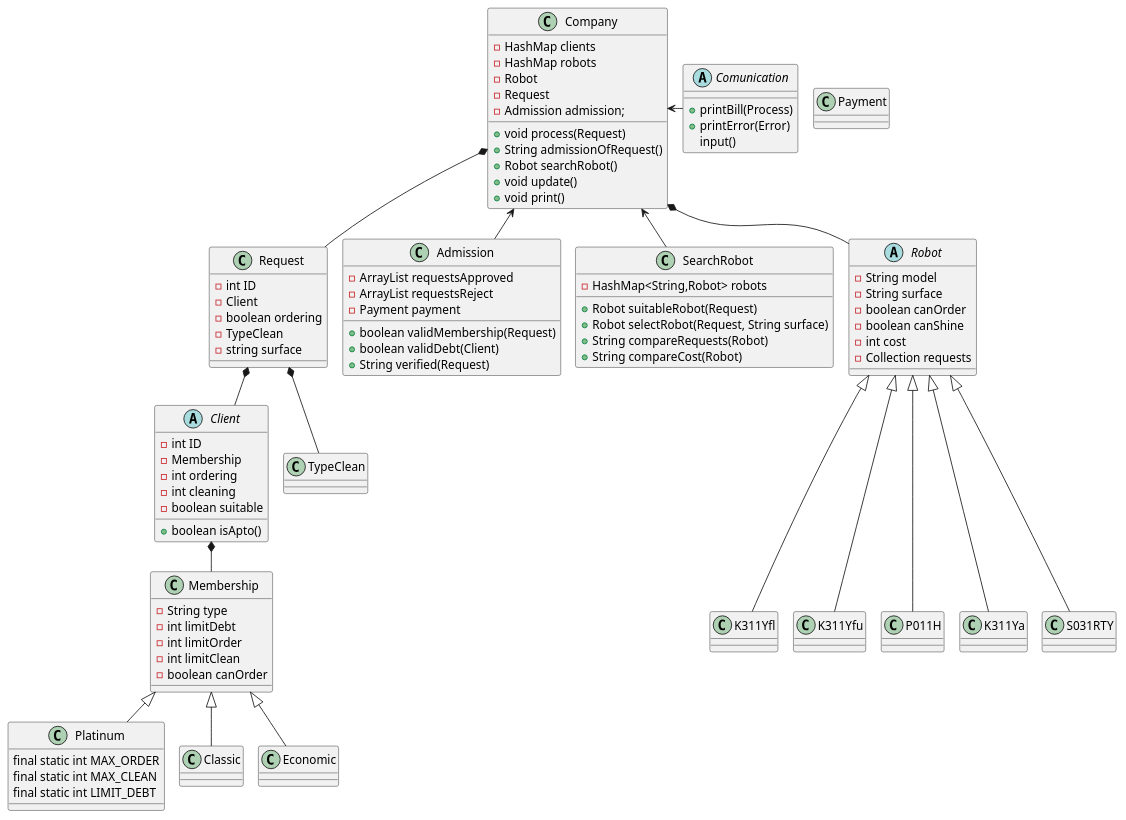
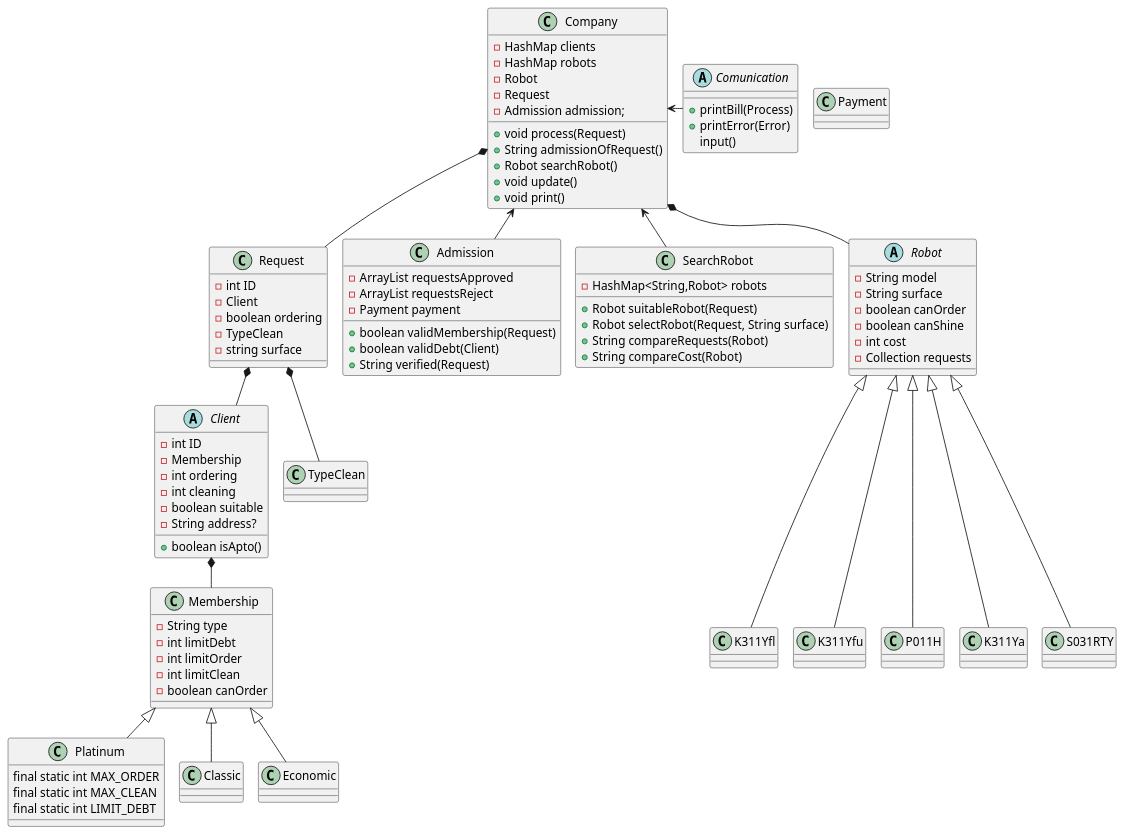
One commit to Grupo-3-Labo-y-prog/RobotsTP changed the diagram in src/Aproach3.puml. Above: the diagram before and after it, drawn with PlantUML. The commit also changed 6 other files, not shown here.

Commit message:
subida de diagramas .png

```diff
--- a/src/Aproach3.puml
+++ b/src/Aproach3.puml
@@ -1,150 +1,150 @@
 @startuml
 'https://plantuml.com/class-diagram
 
 !pragma layout smetana
 
 'array de pedidos hechos por robot
 
 abstract Client
 class Membership
 class Platinum
 class Classic
 class Economic
 class Request
 class TypeClean
 class Admission
 class Company
 class SearchRobot
 class Payment
 abstract class Robot
 class K311Yfl
 class K311Yfu
 class P011H
 class K311Ya
 class S031RTY
 
 
 Client *-- Membership
 Membership <|-- Platinum
 Membership <|-- Classic
 Membership <|-- Economic
 Company <-- Admission
 Company <-- SearchRobot
 Company <- Comunication
 Company *-- Robot
 Company *-- Request
 Request *-- Client
 Request *-- TypeClean
 Robot <|---K311Ya
 Robot <|---S031RTY
 Robot <|---P011H
 Robot <|---K311Yfu
 Robot <|---K311Yfl
 
 
 abstract Comunication{
 +printBill(Process)
 +printError(Error)
 input()
 }
 
 abstract class Robot{
 -String model
 -String surface
 -boolean canOrder
 -boolean canShine
 -int cost
 -Collection requests
 }
 
 class Company{
 
 -HashMap clients
 -HashMap robots
 -Robot
 -Request
 -Admission admission;
 
 'llama a admission
 +void process(Request)
 +String admissionOfRequest()
 +Robot searchRobot()
 +void update()
 +void print()
 
 
 }
 
 'posible clase
 class Admission{
 -ArrayList requestsApproved
 -ArrayList requestsReject
 -Payment payment
 '-ArrayList clients
 
 'ej: pedir un ordenamiento cuando no puede
 +boolean validMembership(Request)
 +boolean validDebt(Client)
 +String verified(Request)
 
 
 }
 
 
 class SearchRobot{
 
 -HashMap<String,Robot> robots
 '-Request
 
 'llama a la funcion selectRobot y recibe el robot ideal
 + Robot suitableRobot(Request)
 'recibe un request y realiza una iteracion
 'en la colleccion robots donde compara los requerimientos
 + Robot selectRobot(Request, String surface)
 'si es Platinum compara la cola que tiene con un min y se guarda la key
 'si es el primero se fija si es null y lo asigna
 + String compareRequests(Robot)
 'si no es platinum compara el costo con un min y guarda la key para devolverla
 + String compareCost(Robot)
 }
 
 'posible clase lo mismo arriba
 
 
 class Request{
 -int ID
 -Client
 -boolean ordering
 -TypeClean
 -string surface
 '-String address?
 
 }
 
 abstract Client{
 -int ID
 -Membership
 -int ordering
 -int cleaning
 -boolean suitable
 'Collection requests
-'String address?
+-String address?
 +boolean isApto()
 'return limitOrder > ordering && limitClean > cleaning
 }
 
 class Membership{
 -String type
 -int limitDebt
 -int limitOrder
 -int limitClean
 -boolean canOrder
 }
 
 class Platinum{
 final static int MAX_ORDER
 final static int MAX_CLEAN
 final static int LIMIT_DEBT
 }
 
 @enduml
```
